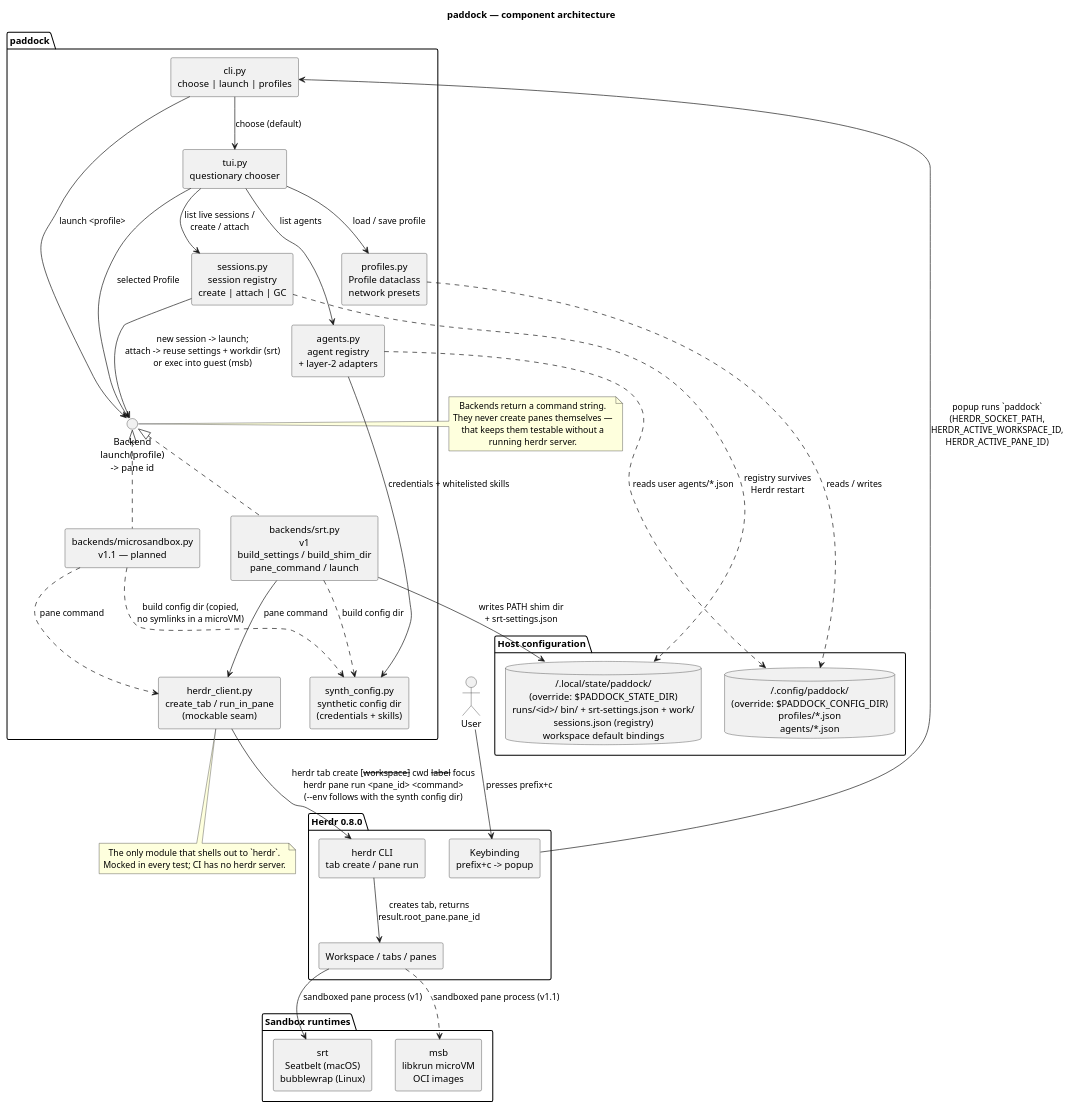
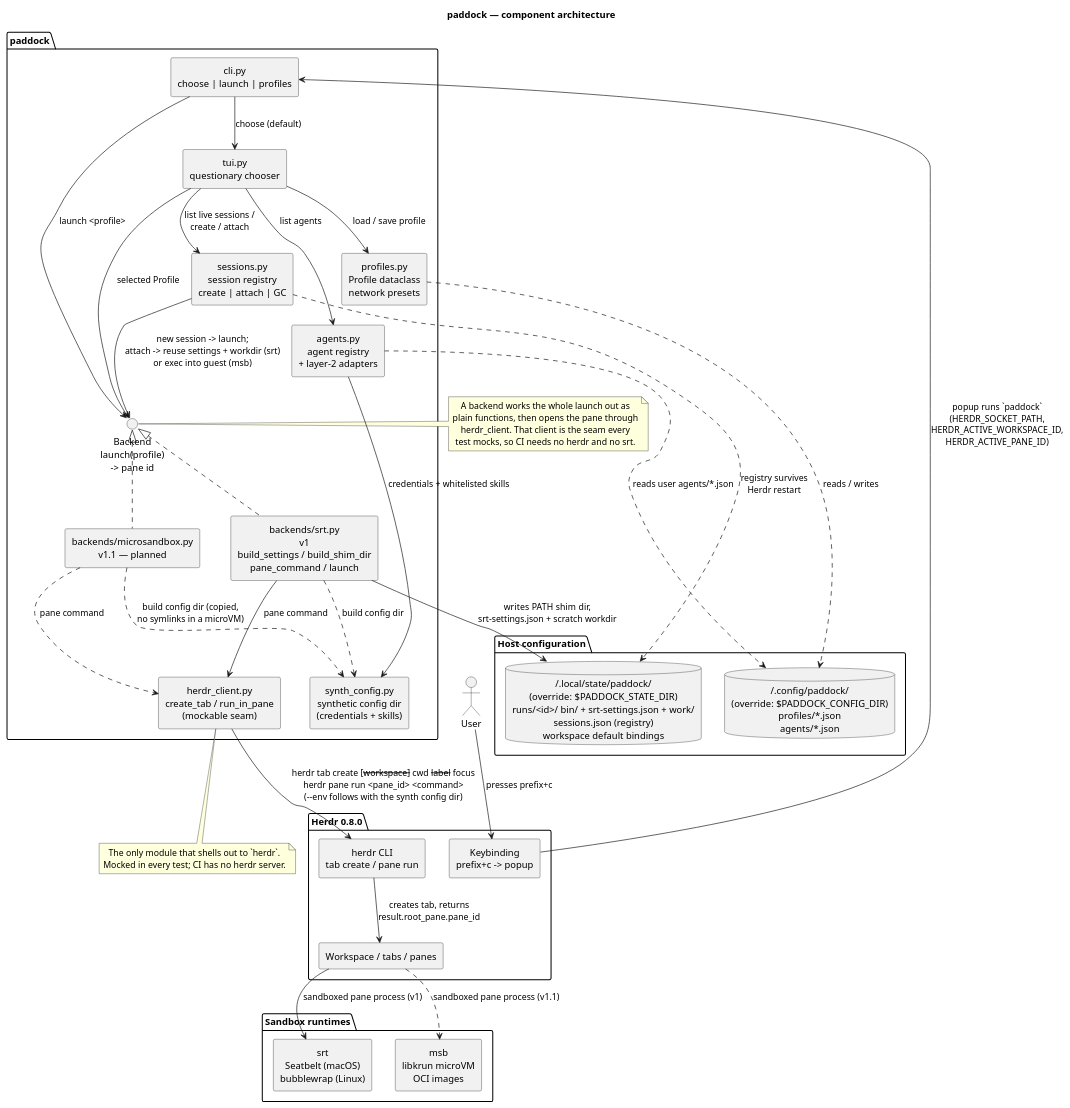
One commit to paddock-sh/paddock changed the diagram in docs/diagrams/architecture.puml. Above: the diagram before and after it, drawn with PlantUML. The commit also changed 4 other files, not shown here.

```diff
--- a/docs/diagrams/architecture.puml
+++ b/docs/diagrams/architecture.puml
@@ -1,79 +1,79 @@
 @startuml architecture
 title paddock — component architecture
 
 skinparam componentStyle rectangle
 skinparam shadowing false
 skinparam defaultTextAlignment center
 
 actor User
 
 package "Herdr 0.8.0" {
   [Keybinding\nprefix+c -> popup] as Keybinding
   [herdr CLI\ntab create / pane run] as HerdrCLI
   [Workspace / tabs / panes] as HerdrUI
 }
 
 package "paddock" {
   [cli.py\nchoose | launch | profiles] as CLI
   [tui.py\nquestionary chooser] as TUI
   [sessions.py\nsession registry\ncreate | attach | GC] as Sessions
   [profiles.py\nProfile dataclass\nnetwork presets] as Profiles
   [agents.py\nagent registry\n+ layer-2 adapters] as Agents
   [synth_config.py\nsynthetic config dir\n(credentials + skills)] as SynthConfig
   interface "Backend\nlaunch(profile)\n-> pane id" as BackendAPI
   [backends/srt.py\nv1\nbuild_settings / build_shim_dir\npane_command / launch] as SrtBackend
   [backends/microsandbox.py\nv1.1 — planned] as MsbBackend
   [herdr_client.py\ncreate_tab / run_in_pane\n(mockable seam)] as HerdrClient
 }
 
 package "Host configuration" {
   database "~/.config/paddock/\n(override: $PADDOCK_CONFIG_DIR)\nprofiles/*.json\nagents/*.json" as ConfigFiles
   database "~/.local/state/paddock/\n(override: $PADDOCK_STATE_DIR)\nruns/<id>/ bin/ + srt-settings.json + work/\nsessions.json (registry)\nworkspace default bindings" as RunDir
 }
 
 package "Sandbox runtimes" {
   [srt\nSeatbelt (macOS)\nbubblewrap (Linux)] as Srt
   [msb\nlibkrun microVM\nOCI images] as Msb
 }
 
 User --> Keybinding : presses prefix+c
 Keybinding --> CLI : popup runs `paddock`\n(HERDR_SOCKET_PATH,\nHERDR_ACTIVE_WORKSPACE_ID,\nHERDR_ACTIVE_PANE_ID)
 CLI --> TUI : choose (default)
 TUI --> Profiles : load / save profile
 TUI --> Agents : list agents
 TUI --> Sessions : list live sessions /\ncreate / attach
 Sessions ..> RunDir : registry survives\nHerdr restart
 Profiles ..> ConfigFiles : reads / writes
 Agents ..> ConfigFiles : reads user agents/*.json
 
 TUI --> BackendAPI : selected Profile
 CLI --> BackendAPI : launch <profile>
 BackendAPI <|.. SrtBackend
 BackendAPI <|.. MsbBackend
 
-SrtBackend --> RunDir : writes PATH shim dir\n+ srt-settings.json
+SrtBackend --> RunDir : writes PATH shim dir,\nsrt-settings.json + scratch workdir
 Sessions --> BackendAPI : new session -> launch;\nattach -> reuse settings + workdir (srt)\nor exec into guest (msb)
 SrtBackend ..> SynthConfig : build config dir
 MsbBackend ..> SynthConfig : build config dir (copied,\nno symlinks in a microVM)
 Agents --> SynthConfig : credentials + whitelisted skills
 
 SrtBackend --> HerdrClient : pane command
 MsbBackend ..> HerdrClient : pane command
 HerdrClient --> HerdrCLI : herdr tab create [--workspace] --cwd --label --focus\nherdr pane run <pane_id> <command>\n(--env follows with the synth config dir)
 HerdrCLI --> HerdrUI : creates tab, returns\nresult.root_pane.pane_id
 HerdrUI --> Srt : sandboxed pane process (v1)
 HerdrUI ..> Msb : sandboxed pane process (v1.1)
 
 note right of BackendAPI
-  Backends return a command string.
-  They never create panes themselves —
-  that keeps them testable without a
-  running herdr server.
+  A backend works the whole launch out as
+  plain functions, then opens the pane through
+  herdr_client. That client is the seam every
+  test mocks, so CI needs no herdr and no srt.
 end note
 
 note bottom of HerdrClient
   The only module that shells out to `herdr`.
   Mocked in every test; CI has no herdr server.
 end note
 
 @enduml
```
